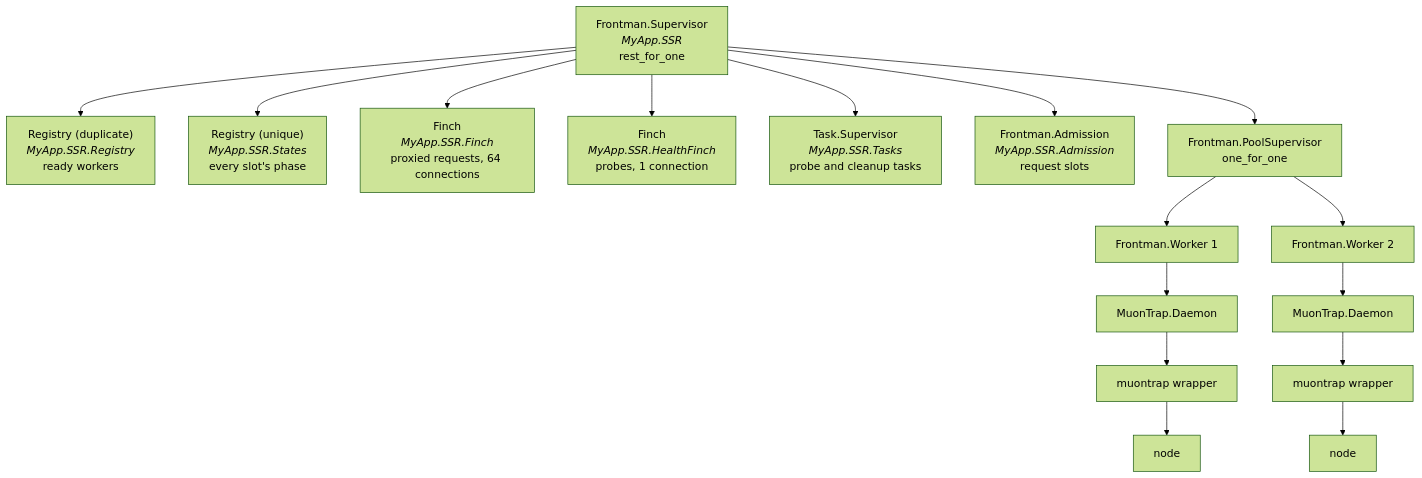
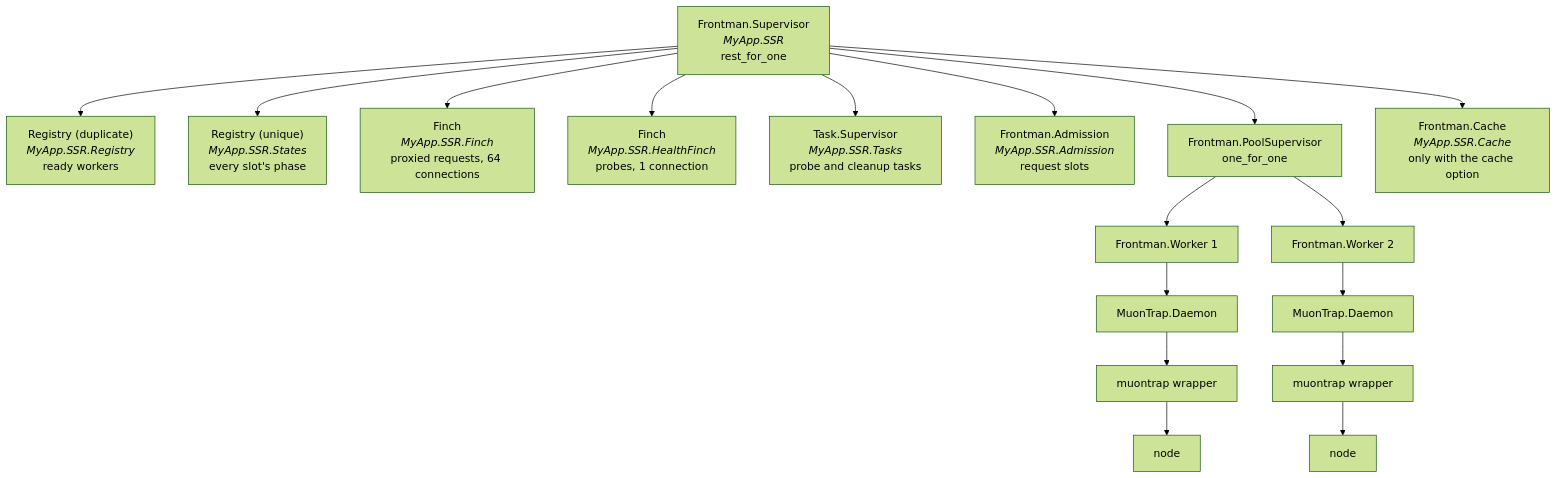
Before and after one commit to wtsnz/frontman: the first of 6 diagrams in docs/architecture.md, drawn with Mermaid (forest theme). The commit also changed other lines of this file and 7 other files, not shown here.

````diff
--- a/docs/architecture.md
+++ b/docs/architecture.md
@@ -11,15 +11,16 @@
 ```mermaid
 flowchart TD
     Sup["Frontman.Supervisor<br/><i>MyApp.SSR</i><br/>rest_for_one"]
     Sup --> Reg["Registry (duplicate)<br/><i>MyApp.SSR.Registry</i><br/>ready workers"]
     Sup --> States["Registry (unique)<br/><i>MyApp.SSR.States</i><br/>every slot's phase"]
     Sup --> Finch["Finch<br/><i>MyApp.SSR.Finch</i><br/>proxied requests, 64 connections"]
     Sup --> HFinch["Finch<br/><i>MyApp.SSR.HealthFinch</i><br/>probes, 1 connection"]
     Sup --> Tasks["Task.Supervisor<br/><i>MyApp.SSR.Tasks</i><br/>probe and cleanup tasks"]
     Sup --> Adm["Frontman.Admission<br/><i>MyApp.SSR.Admission</i><br/>request slots"]
     Sup --> Pool["Frontman.PoolSupervisor<br/>one_for_one"]
+    Sup --> Cache["Frontman.Cache<br/><i>MyApp.SSR.Cache</i><br/>only with the cache option"]
     Pool --> W1["Frontman.Worker 1"]
     Pool --> W2["Frontman.Worker 2"]
     W1 --> D1["MuonTrap.Daemon"] --> M1["muontrap wrapper"] --> N1["node"]
     W2 --> D2["MuonTrap.Daemon"] --> M2["muontrap wrapper"] --> N2["node"]
 ```
````
